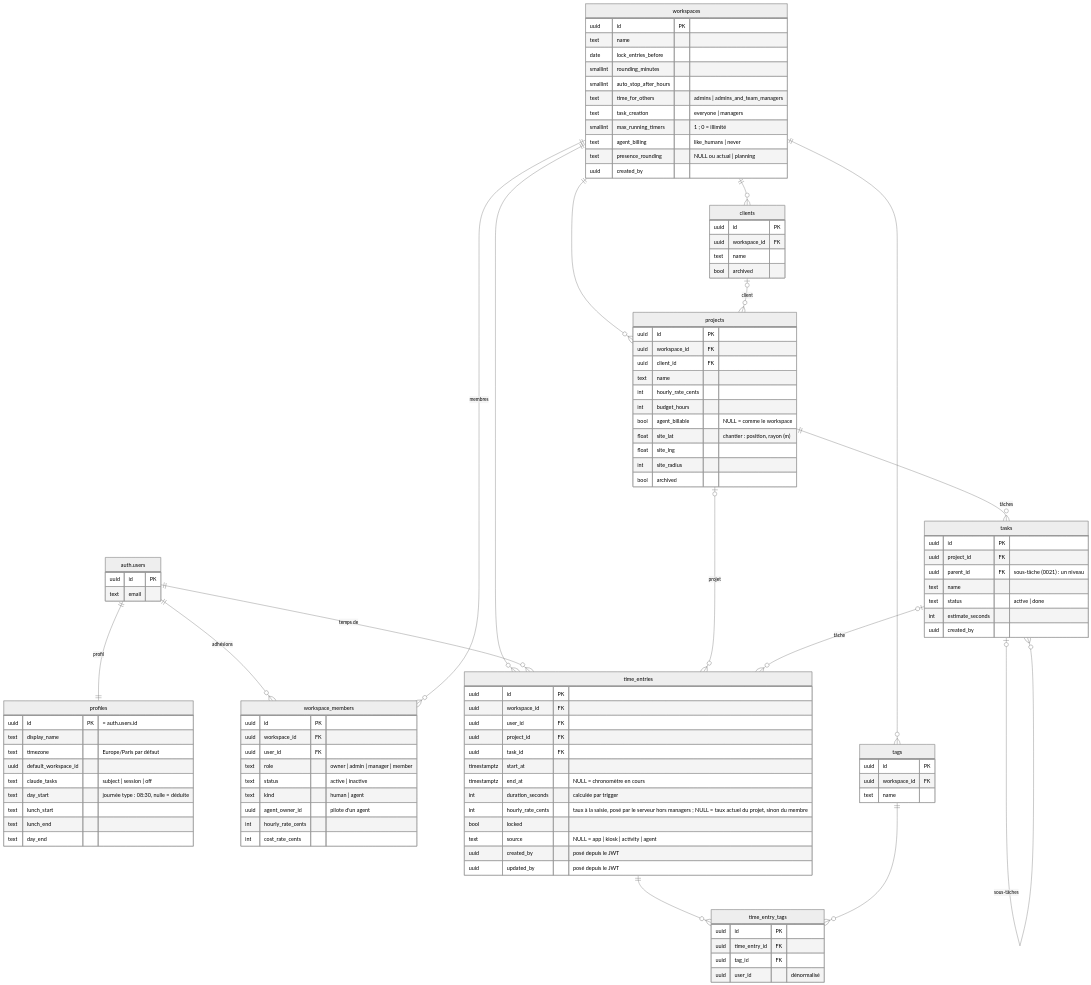
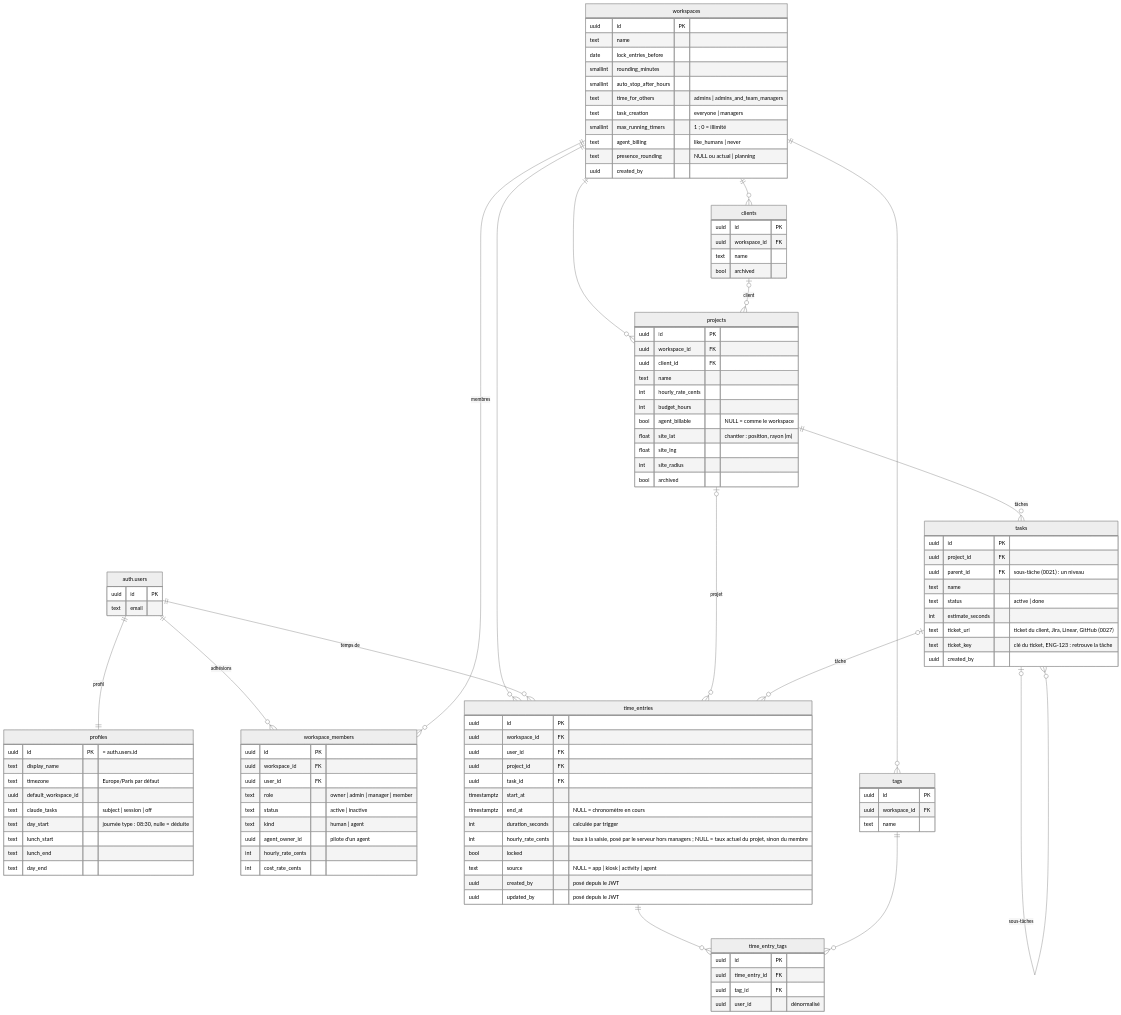
The first of 3 diagrams in docs/architecture/donnees.md (ysimonx/Clockifai), drawn with Mermaid (neutral theme) before and after one commit. The commit also changed 25 other files, not shown here.

First line of the commit message:
Plan 19, lot 1 : ticket du client sur la tâche

```diff
--- a/docs/architecture/donnees.md
+++ b/docs/architecture/donnees.md
@@ -103,6 +103,8 @@
     text name
     text status "active | done"
     int estimate_seconds
+    text ticket_url "ticket du client, Jira, Linear, GitHub (0027)"
+    text ticket_key "clé du ticket, ENG-123 : retrouve la tâche"
     uuid created_by
   }
   tags {
```
